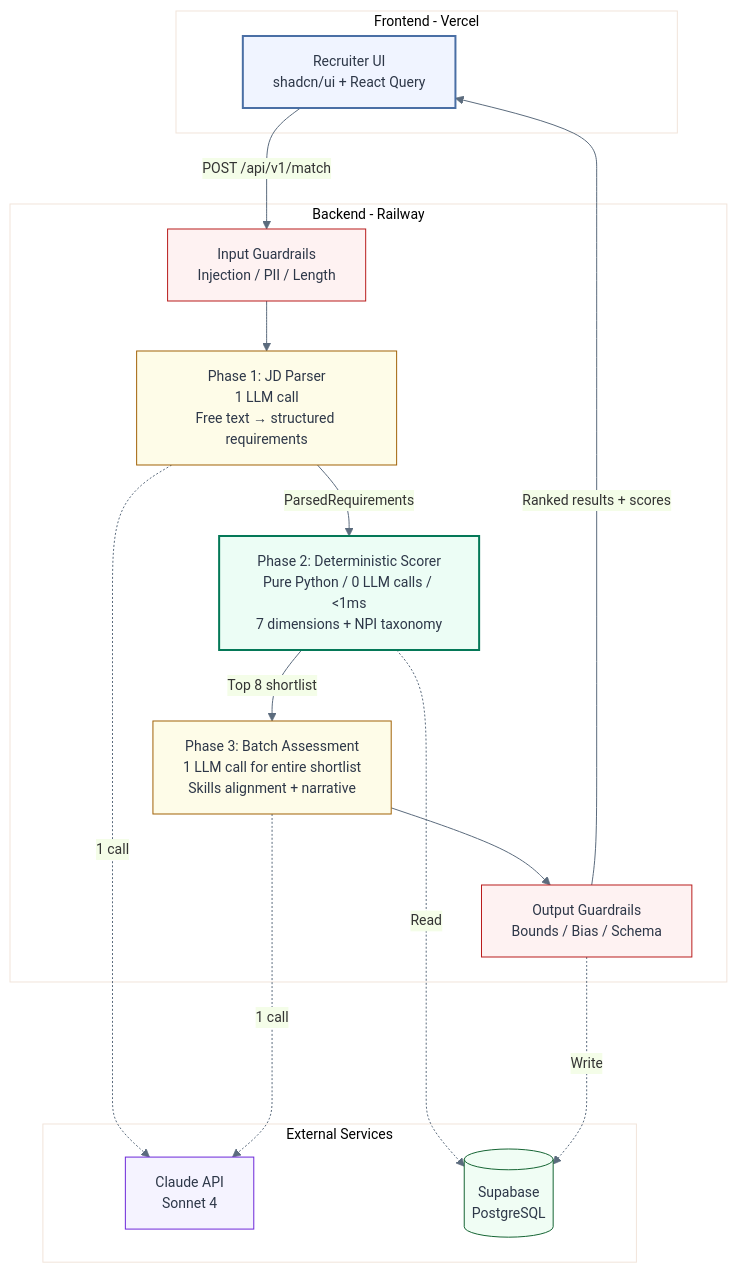
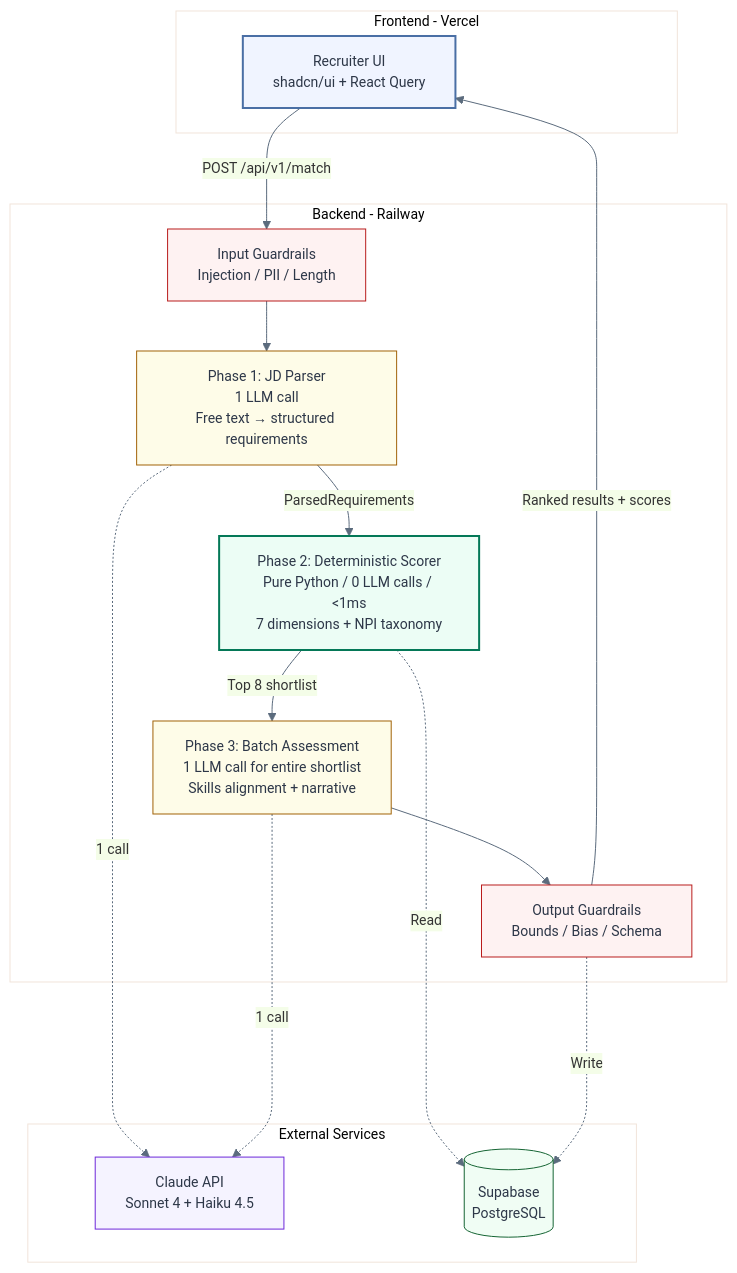
Before and after one commit to devjothish/physician-candidate-matcher: the first of 2 diagrams in README.md, drawn with Mermaid. The commit also changed other lines of this file and 1 other file, not shown here.

Commit message:
perf: reduce latency - Haiku for batch assessment, shortlist 8 to 5

````diff
--- a/README.md
+++ b/README.md
@@ -34,41 +34,41 @@
 ```mermaid
 %%{init: {'theme': 'base', 'themeVariables': {'primaryColor': '#e8f4fd', 'primaryBorderColor': '#4a90d9', 'lineColor': '#5b6b7d', 'textColor': '#2d3748', 'fontSize': '14px'}}}%%
 graph TB
     subgraph Frontend["Frontend - Vercel"]
         UI["Recruiter UI\nshadcn/ui + React Query"]
     end
 
     subgraph Backend["Backend - Railway"]
         IG["Input Guardrails\nInjection / PII / Length"]
         P1["Phase 1: JD Parser\n1 LLM call\nFree text → structured requirements"]
         P2["Phase 2: Deterministic Scorer\nPure Python / 0 LLM calls / &lt;1ms\n7 dimensions + NPI taxonomy"]
         P3["Phase 3: Batch Assessment\n1 LLM call for entire shortlist\nSkills alignment + narrative"]
         OG["Output Guardrails\nBounds / Bias / Schema"]
     end
 
     subgraph Services["External Services"]
-        CLAUDE["Claude API\nSonnet 4"]
+        CLAUDE["Claude API\nSonnet 4 + Haiku 4.5"]
         SUPA[("Supabase\nPostgreSQL")]
     end
 
     UI -->|"POST /api/v1/match"| IG
     IG --> P1
     P1 -->|"ParsedRequirements"| P2
     P2 -->|"Top 8 shortlist"| P3
     P3 --> OG
     OG -->|"Ranked results + scores"| UI
 
     P1 -..->|"1 call"| CLAUDE
     P3 -..->|"1 call"| CLAUDE
     P2 -..->|"Read"| SUPA
     OG -..->|"Write"| SUPA
 
     style UI fill:#f0f4ff,stroke:#4a6fa5,stroke-width:2px,color:#2d3748
     style IG fill:#fef2f2,stroke:#b91c1c,stroke-width:1px,color:#2d3748
     style P1 fill:#fefce8,stroke:#a16207,stroke-width:1px,color:#2d3748
     style P2 fill:#ecfdf5,stroke:#047857,stroke-width:2px,color:#2d3748
     style P3 fill:#fefce8,stroke:#a16207,stroke-width:1px,color:#2d3748
     style OG fill:#fef2f2,stroke:#b91c1c,stroke-width:1px,color:#2d3748
     style CLAUDE fill:#f5f3ff,stroke:#6d28d9,stroke-width:1px,color:#2d3748
     style SUPA fill:#f0fdf4,stroke:#166534,stroke-width:1px,color:#2d3748
 ```
````
